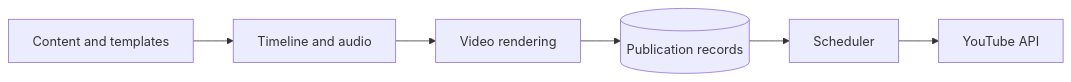
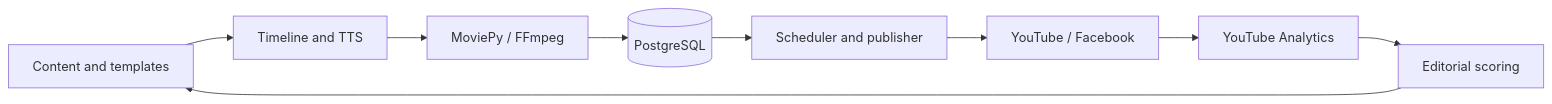
The diagram in README.md (RodrigoGuerraCortes/portfolio-ai-content-automatio), drawn with Mermaid before and after one commit. The commit also changed other lines of this file, not shown here.

````diff
--- a/README.md
+++ b/README.md
@@ -37,8 +38,11 @@
 ```mermaid
 flowchart LR
- A[Content and templates] --> B[Timeline and audio]
- B --> C[Video rendering]
- C --> D[(Publication records)]
- D --> E[Scheduler]
- E --> F[YouTube API]
+ A[Content and templates] --> B[Timeline and TTS]
+ B --> C[MoviePy / FFmpeg]
+ C --> D[(PostgreSQL)]
+ D --> E[Scheduler and publisher]
+ E --> F[YouTube / Facebook]
+ F --> G[YouTube Analytics]
+ G --> H[Editorial scoring]
+ H --> A
 ```
````
